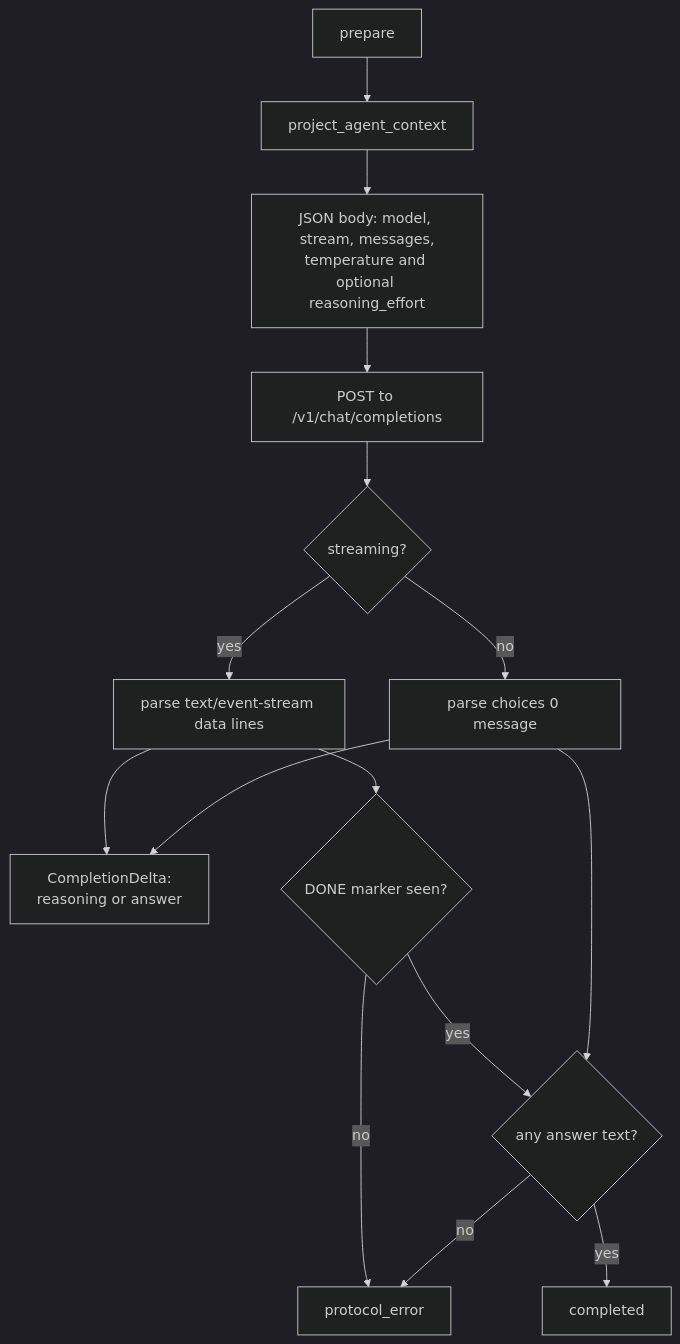
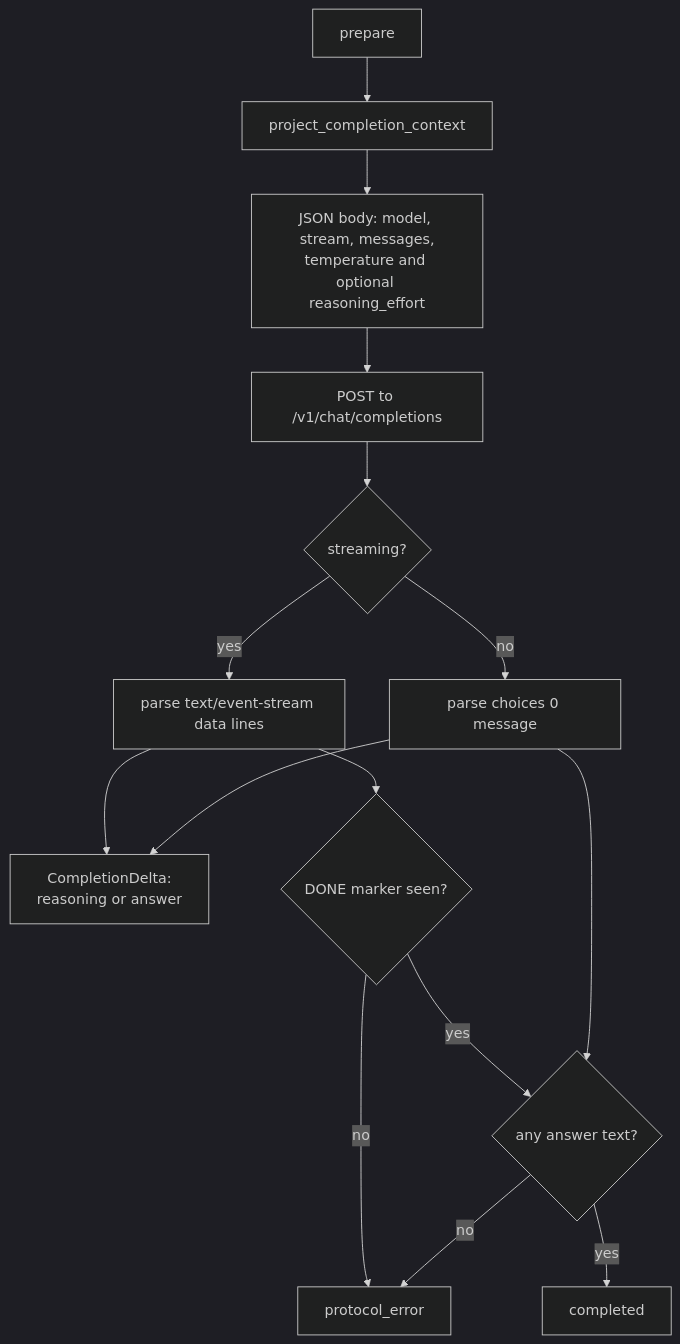
One commit to michaelpopov/cha changed the third of 4 diagrams in src/agents/README.md. Above: the diagram before and after it, drawn with Mermaid (dark theme). The commit also changed other lines of this file and 92 other files, not shown here.

````diff
--- a/src/agents/README.md
+++ b/src/agents/README.md
@@ -227,17 +227,17 @@
 ```mermaid
 flowchart TD
-    prep["prepare"] --> proj["project_agent_context"]
+    prep["prepare"] --> proj["project_completion_context"]
     proj --> body["JSON body: model, stream, messages,<br/>temperature and optional reasoning_effort"]
     body --> post["POST to /v1/chat/completions"]
     post --> mode{"streaming?"}
     mode -->|"yes"| sse["parse text/event-stream data lines"]
     mode -->|"no"| json["parse choices 0 message"]
     sse --> frag["CompletionDelta:<br/>reasoning or answer"]
     json --> frag
     sse --> done{"DONE marker seen?"}
     done -->|"no"| perr["protocol_error"]
     done -->|"yes"| ans{"any answer text?"}
     json --> ans
     ans -->|"no"| perr
     ans -->|"yes"| ok["completed"]
 ```
````
